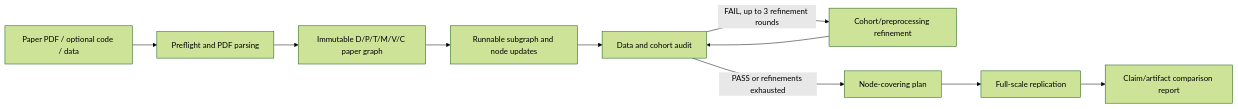
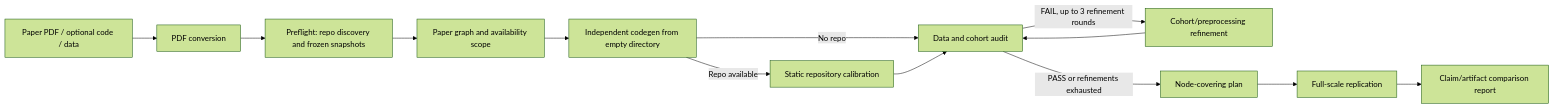
One commit to ruihanxx/medai changed the second of 6 diagrams in README.md. Above: the diagram before and after it, drawn with Mermaid (forest theme). The commit also changed other lines of this file and 6 other files, not shown here.

Commit message:
Document repository calibration workflow

```diff
--- a/README.md
+++ b/README.md
@@ -284,12 +285,15 @@
 ~~~mermaid
 flowchart LR
-    I[Paper PDF / optional code / data] --> A[Preflight and PDF parsing]
-    A --> B[Immutable D/P/T/M/V/C paper graph]
-    B --> C[Runnable subgraph and node updates]
-    C --> D[Data and cohort audit]
-    D -->|FAIL, up to 3 refinement rounds| E[Cohort/preprocessing refinement]
-    E --> D
-    D -->|PASS or refinements exhausted| F[Node-covering plan]
+    I[Paper PDF / optional code / data] --> A[PDF conversion]
+    A --> B[Preflight: repo discovery and frozen snapshots]
+    B --> C[Paper graph and availability scope]
+    C --> D[Independent codegen from empty directory]
+    D -->|Repo available| K[Static repository calibration]
+    D -->|No repo| L[Data and cohort audit]
+    K --> L
+    L -->|FAIL, up to 3 refinement rounds| E[Cohort/preprocessing refinement]
+    E --> L
+    L -->|PASS or refinements exhausted| F[Node-covering plan]
     F --> G[Full-scale replication]
     G --> H[Claim/artifact comparison report]
 ~~~
```
